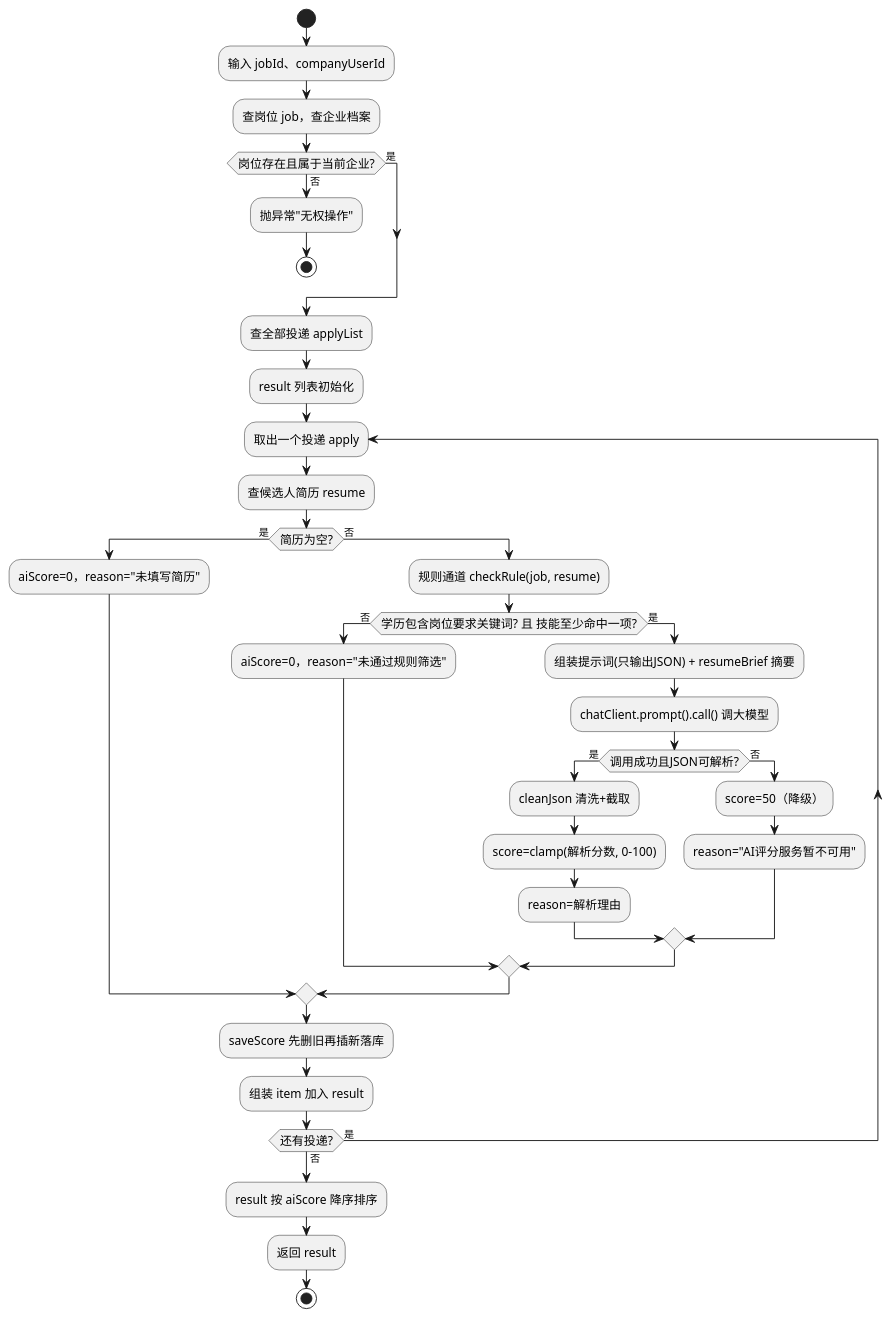
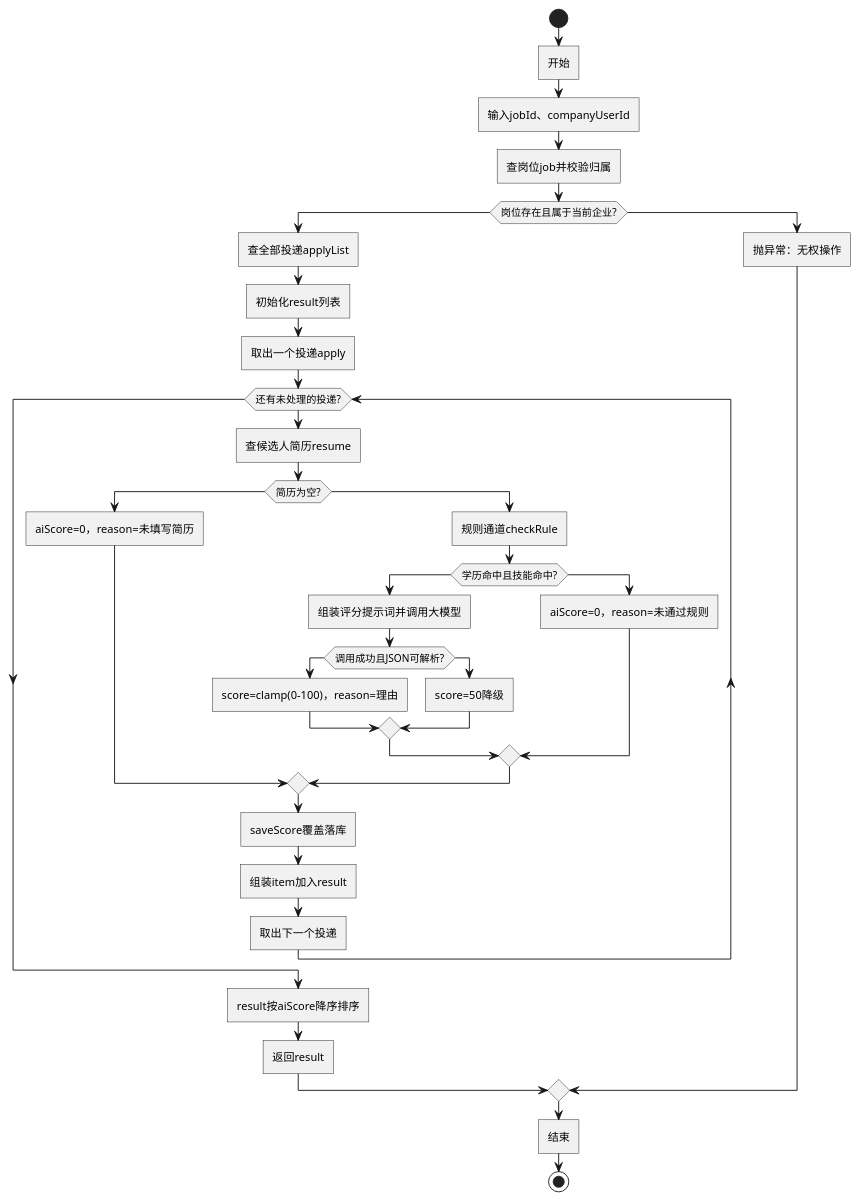
Before and after one commit to sheep7-bot/recruit-internship-system: the diagram in uml/李翔/flowchart-ai-filter.puml, drawn with PlantUML. The commit also changed 61 other files, not shown here.

Commit message:
完善 AI 简历解析服务，更新 UML 图集；API Key 改为环境变量读取

```diff
--- a/uml/李翔/flowchart-ai-filter.puml
+++ b/uml/李翔/flowchart-ai-filter.puml
@@ -1,44 +1,41 @@
 @startuml AI双通道筛选核心算法流程图
 skinparam defaultFontName "Microsoft YaHei"
-skinparam activityDiamondFontSize 13
-skinparam activityFontSize 13
-skinparam defaultTextAlignment center
+skinparam roundCorner 0
 
 start
-:输入 jobId、companyUserId;
-:查岗位 job，查企业档案;
-if (岗位存在且属于当前企业?) then (否)
-  :抛异常"无权操作";
-  stop
-else (是)
-endif
-:查全部投递 applyList;
-:result 列表初始化;
-repeat :取出一个投递 apply;
-  :查候选人简历 resume;
-  if (简历为空?) then (是)
-    :aiScore=0，reason="未填写简历";
-  else (否)
-    :规则通道 checkRule(job, resume);
-    if (学历包含岗位要求关键词? 且 技能至少命中一项?) then (否)
-      :aiScore=0，reason="未通过规则筛选";
-    else (是)
-      :组装提示词(只输出JSON) + resumeBrief 摘要;
-      :chatClient.prompt().call() 调大模型;
-      if (调用成功且JSON可解析?) then (是)
-        :cleanJson 清洗+截取;
-        :score=clamp(解析分数, 0-100);
-        :reason=解析理由;
-      else (否)
-        :score=50（降级）;
-        :reason="AI评分服务暂不可用";
+:开始;
+:输入jobId、companyUserId;
+:查岗位job并校验归属;
+if (岗位存在且属于当前企业?) then
+  :查全部投递applyList;
+  :初始化result列表;
+  :取出一个投递apply;
+  while (还有未处理的投递?)
+    :查候选人简历resume;
+    if (简历为空?) then
+      :aiScore=0，reason=未填写简历;
+    else
+      :规则通道checkRule;
+      if (学历命中且技能命中?) then
+        :组装评分提示词并调用大模型;
+        if (调用成功且JSON可解析?) then
+          :score=clamp(0-100)，reason=理由;
+        else
+          :score=50降级;
+        endif
+      else
+        :aiScore=0，reason=未通过规则;
       endif
     endif
-  endif
-  :saveScore 先删旧再插新落库;
-  :组装 item 加入 result;
-repeat while (还有投递?) is (是) not (否)
-:result 按 aiScore 降序排序;
-:返回 result;
+    :saveScore覆盖落库;
+    :组装item加入result;
+    :取出下一个投递;
+  endwhile
+  :result按aiScore降序排序;
+  :返回result;
+else
+  :抛异常：无权操作;
+endif
+:结束;
 stop
 @enduml
```
